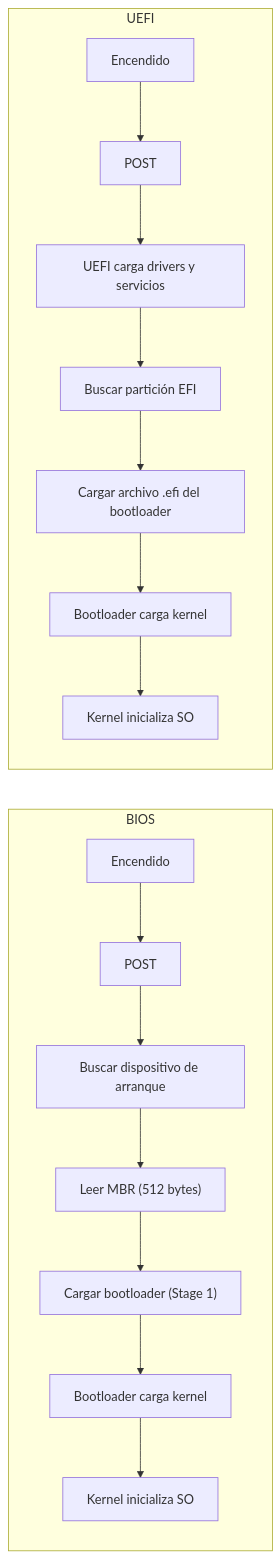
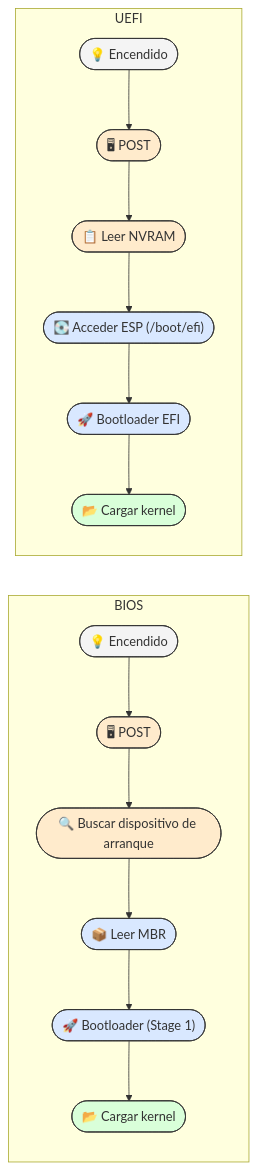
One commit to GualaDRAKE/LFS4Students-ES changed the third of 3 diagrams in Anexos_LFS4Students-ES/Bios_boot-UEFI.md. Above: the diagram before and after it, drawn with Mermaid. The commit also changed other lines of this file, not shown here.

````diff
--- a/Anexos_LFS4Students-ES/Bios_boot-UEFI.md
+++ b/Anexos_LFS4Students-ES/Bios_boot-UEFI.md
@@ -743,20 +186,32 @@
 ```mermaid
 flowchart LR
     subgraph BIOS
-        A1["Encendido"] --> B1["POST"]
-        B1 --> C1["Buscar dispositivo de arranque"]
-        C1 --> D1["Leer MBR (512 bytes)"]
-        D1 --> E1["Cargar bootloader (Stage 1)"]
-        E1 --> F1["Bootloader carga kernel"]
-        F1 --> G1["Kernel inicializa SO"]
+        A1(["💡 Encendido"]) --> B1(["🖥 POST"])
+        B1 --> C1(["🔍 Buscar dispositivo de arranque"])
+        C1 --> D1(["📦 Leer MBR"])
+        D1 --> E1(["🚀 Bootloader (Stage 1)"])
+        E1 --> F1(["📂 Cargar kernel"])
     end
 
     subgraph UEFI
-        A2["Encendido"] --> B2["POST"]
-        B2 --> C2["UEFI carga drivers y servicios"]
-        C2 --> D2["Buscar partición EFI"]
-        D2 --> E2["Cargar archivo .efi del bootloader"]
-        E2 --> F2["Bootloader carga kernel"]
-        F2 --> G2["Kernel inicializa SO"]
+        A2(["💡 Encendido"]) --> B2(["🖥 POST"])
+        B2 --> C2(["📋 Leer NVRAM"])
+        C2 --> D2(["💽 Acceder ESP (/boot/efi)"])
+        D2 --> E2(["🚀 Bootloader EFI"])
+        E2 --> F2(["📂 Cargar kernel"])
     end
+
+    style A1 fill:#f4f4f4,stroke:#333,stroke-width:1px
+    style B1 fill:#ffebcc,stroke:#333,stroke-width:1px
+    style C1 fill:#ffebcc,stroke:#333,stroke-width:1px
+    style D1 fill:#d9e8ff,stroke:#333,stroke-width:1px
+    style E1 fill:#d9e8ff,stroke:#333,stroke-width:1px
+    style F1 fill:#d9ffd9,stroke:#333,stroke-width:1px
+
+    style A2 fill:#f4f4f4,stroke:#333,stroke-width:1px
+    style B2 fill:#ffebcc,stroke:#333,stroke-width:1px
+    style C2 fill:#ffebcc,stroke:#333,stroke-width:1px
+    style D2 fill:#d9e8ff,stroke:#333,stroke-width:1px
+    style E2 fill:#d9e8ff,stroke:#333,stroke-width:1px
+    style F2 fill:#d9ffd9,stroke:#333,stroke-width:1px
 ```
````
